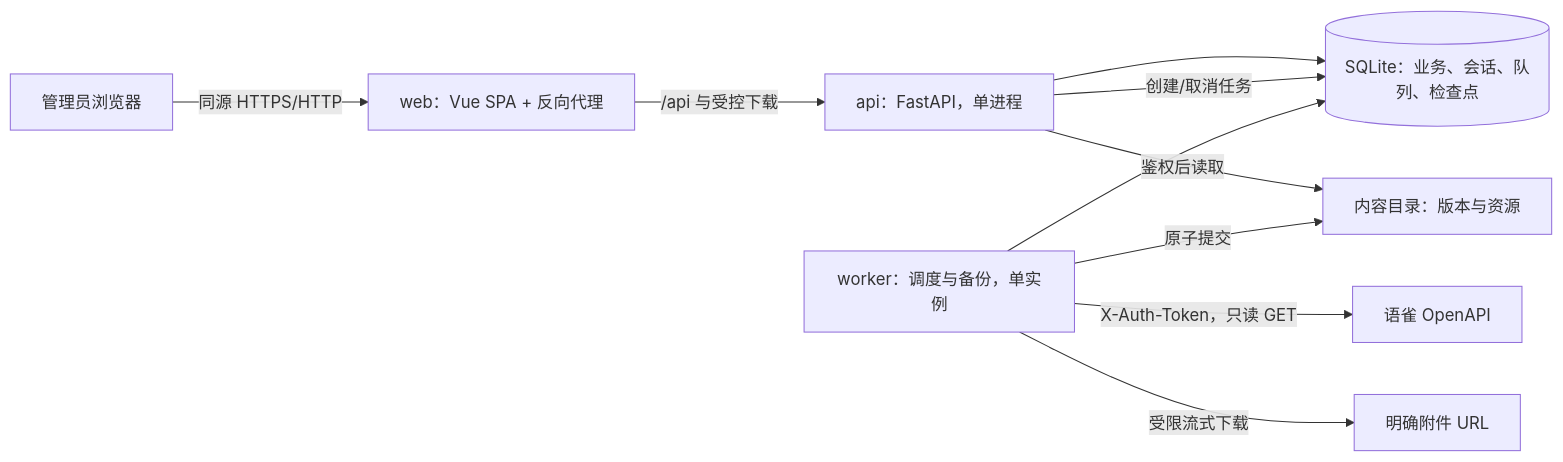
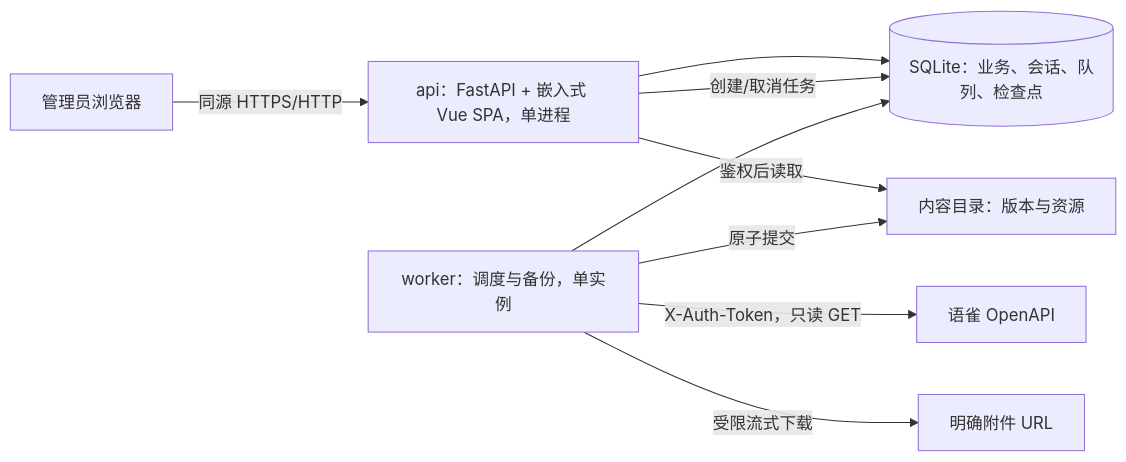
Before and after one commit to Im-oldxu/yuque_backup: the diagram in 技术方案文档.md, drawn with Mermaid. The commit also changed other lines of this file and 27 other files, not shown here.

````diff
--- a/技术方案文档.md
+++ b/技术方案文档.md
@@ -77,12 +77,11 @@
 ```mermaid
 flowchart LR
-    B["管理员浏览器"] -->|"同源 HTTPS/HTTP"| W["web：Vue SPA + 反向代理"]
-    W -->|"/api 与受控下载"| A["api：FastAPI，单进程"]
+    B["管理员浏览器"] -->|"同源 HTTPS/HTTP"| A["api：FastAPI + 嵌入式 Vue SPA，单进程"]
     A --> DB[("SQLite：业务、会话、队列、检查点")]
     A -->|"鉴权后读取"| FS["内容目录：版本与资源"]
     A -->|"创建/取消任务"| DB
     K["worker：调度与备份，单实例"] --> DB
     K -->|"原子提交"| FS
     K -->|"X-Auth-Token，只读 GET"| Y["语雀 OpenAPI"]
     K -->|"受限流式下载"| R["明确附件 URL"]
 ```
````
